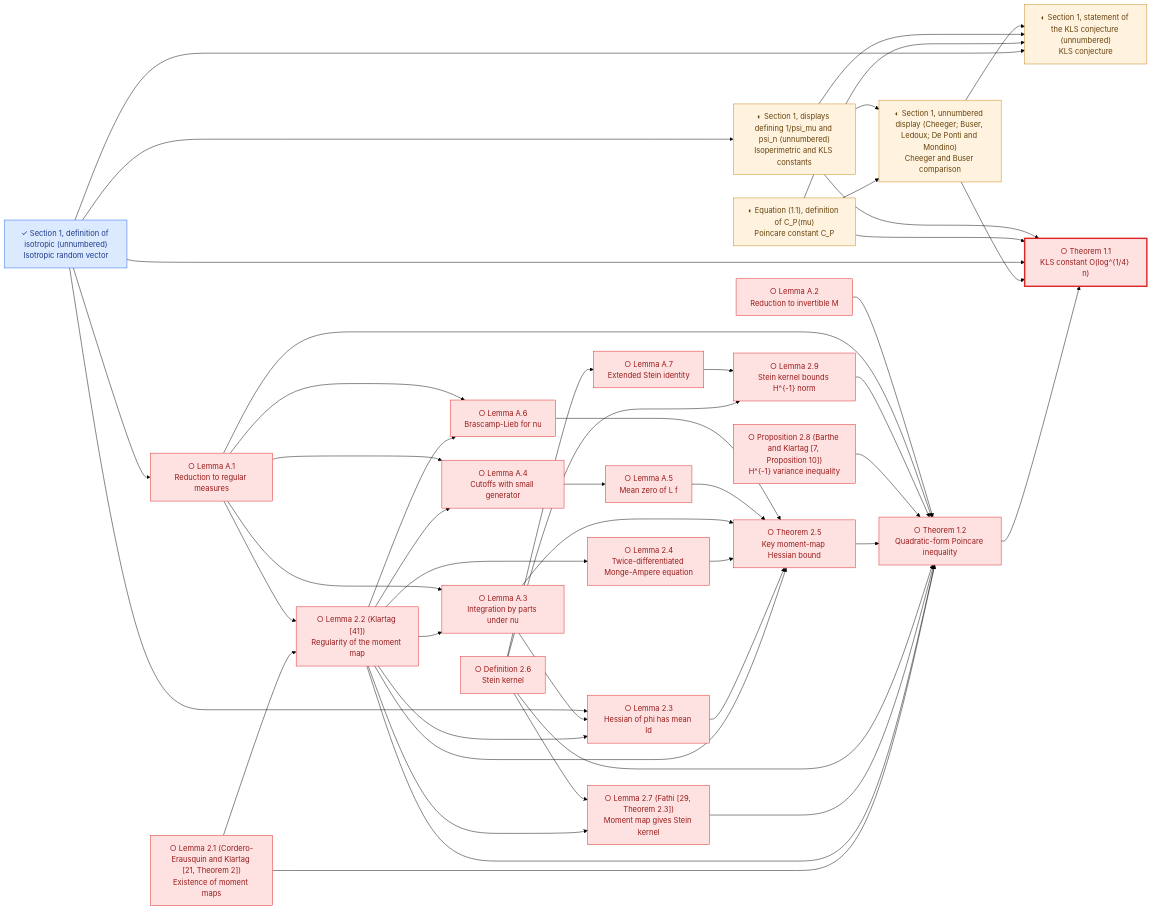
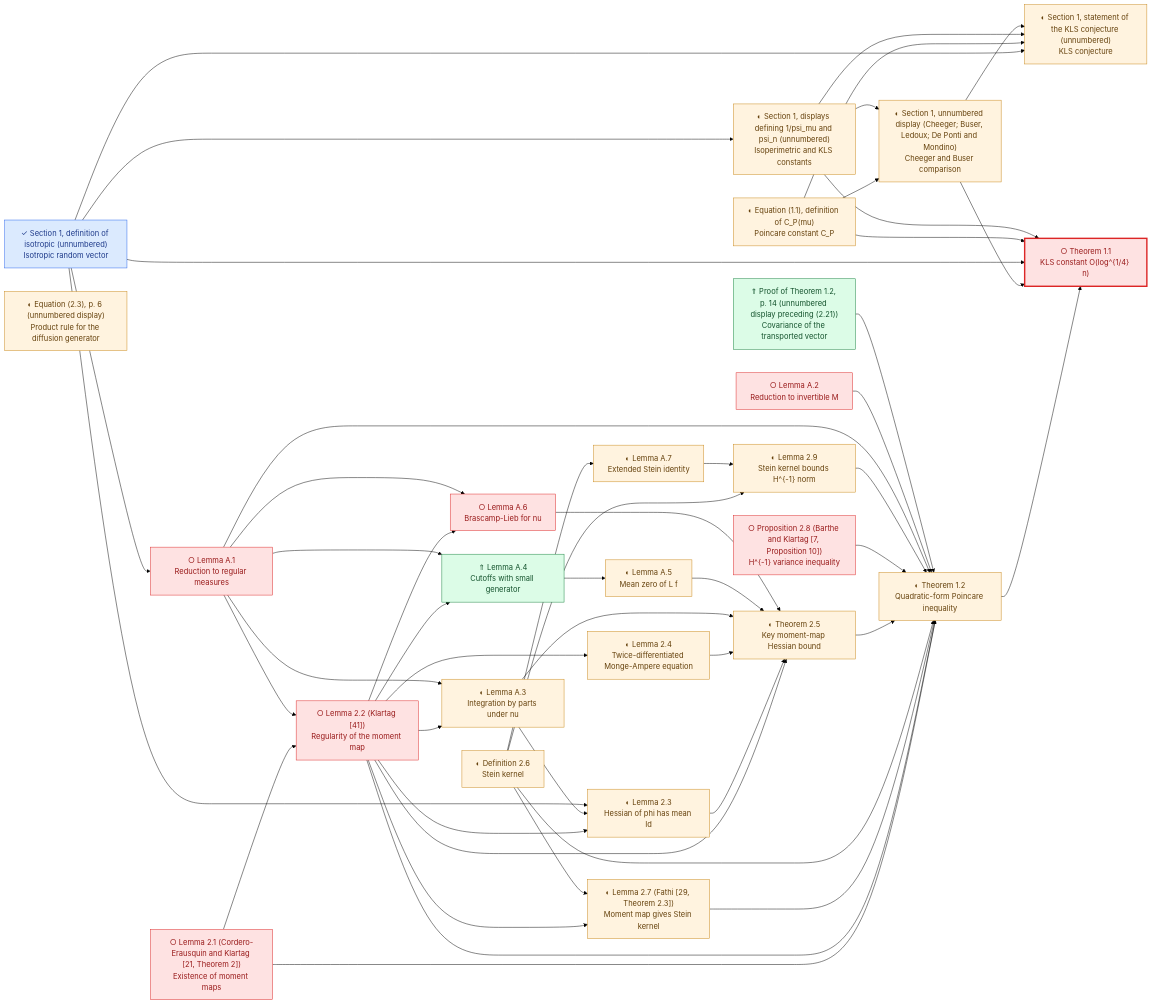
Before and after one commit to human-ai-mathematics/kls-lean: diagram 23 of 26 in research/progress/README.md, drawn with Mermaid (forest theme). The commit also changed other lines of this file and 283 other files, not shown here.

````diff
--- a/research/progress/README.md
+++ b/research/progress/README.md
@@ -1117,23 +1121,25 @@
     Letwin2026_ECMP["◐ Section 1, unnumbered display (Cheeger; Buser, Ledoux; De Ponti and Mondino)<br/>Cheeger and Buser comparison"]
     Letwin2026_CONJ["◐ Section 1, statement of the KLS conjecture (unnumbered)<br/>KLS conjecture"]
     Letwin2026_T11["○ Theorem 1.1<br/>KLS constant O(log^{1/4} n)"]
-    Letwin2026_T12["○ Theorem 1.2<br/>Quadratic-form Poincare inequality"]
+    Letwin2026_T12["◐ Theorem 1.2<br/>Quadratic-form Poincare inequality"]
+    Letwin2026_CZ14["⇑ Proof of Theorem 1.2, p. 14 (unnumbered display preceding (2.21))<br/>Covariance of the transported vector"]
     Letwin2026_L21["○ Lemma 2.1 (Cordero-Erausquin and Klartag [21, Theorem 2])<br/>Existence of moment maps"]
     Letwin2026_L22["○ Lemma 2.2 (Klartag [41])<br/>Regularity of the moment map"]
-    Letwin2026_L23["○ Lemma 2.3<br/>Hessian of phi has mean Id"]
-    Letwin2026_L24["○ Lemma 2.4<br/>Twice-differentiated Monge-Ampere equation"]
-    Letwin2026_T25["○ Theorem 2.5<br/>Key moment-map Hessian bound"]
-    Letwin2026_D26["○ Definition 2.6<br/>Stein kernel"]
-    Letwin2026_L27["○ Lemma 2.7 (Fathi [29, Theorem 2.3])<br/>Moment map gives Stein kernel"]
+    Letwin2026_L23["◐ Lemma 2.3<br/>Hessian of phi has mean Id"]
+    Letwin2026_E23["◐ Equation (2.3), p. 6 (unnumbered display)<br/>Product rule for the diffusion generator"]
+    Letwin2026_L24["◐ Lemma 2.4<br/>Twice-differentiated Monge-Ampere equation"]
+    Letwin2026_T25["◐ Theorem 2.5<br/>Key moment-map Hessian bound"]
+    Letwin2026_D26["◐ Definition 2.6<br/>Stein kernel"]
+    Letwin2026_L27["◐ Lemma 2.7 (Fathi [29, Theorem 2.3])<br/>Moment map gives Stein kernel"]
     Letwin2026_P28["○ Proposition 2.8 (Barthe and Klartag [7, Proposition 10])<br/>H^{-1} variance inequality"]
-    Letwin2026_L29["○ Lemma 2.9<br/>Stein kernel bounds H^{-1} norm"]
+    Letwin2026_L29["◐ Lemma 2.9<br/>Stein kernel bounds H^{-1} norm"]
     Letwin2026_LA1["○ Lemma A.1<br/>Reduction to regular measures"]
     Letwin2026_LA2["○ Lemma A.2<br/>Reduction to invertible M"]
-    Letwin2026_LA3["○ Lemma A.3<br/>Integration by parts under nu"]
-    Letwin2026_LA4["○ Lemma A.4<br/>Cutoffs with small generator"]
-    Letwin2026_LA5["○ Lemma A.5<br/>Mean zero of L f"]
+    Letwin2026_LA3["◐ Lemma A.3<br/>Integration by parts under nu"]
+    Letwin2026_LA4["⇑ Lemma A.4<br/>Cutoffs with small generator"]
+    Letwin2026_LA5["◐ Lemma A.5<br/>Mean zero of L f"]
     Letwin2026_LA6["○ Lemma A.6<br/>Brascamp-Lieb for nu"]
-    Letwin2026_LA7["○ Lemma A.7<br/>Extended Stein identity"]
+    Letwin2026_LA7["◐ Lemma A.7<br/>Extended Stein identity"]
     Letwin2026_DISO --> Letwin2026_DPSI
     Letwin2026_DCP --> Letwin2026_ECMP
     Letwin2026_DPSI --> Letwin2026_ECMP
@@ -1155,6 +1161,7 @@
     Letwin2026_L29 --> Letwin2026_T12
     Letwin2026_LA1 --> Letwin2026_T12
     Letwin2026_LA2 --> Letwin2026_T12
+    Letwin2026_CZ14 --> Letwin2026_T12
     Letwin2026_L21 --> Letwin2026_L22
     Letwin2026_LA1 --> Letwin2026_L22
     Letwin2026_L22 --> Letwin2026_L23
@@ -1183,8 +1190,10 @@
     classDef lemma_formalized fill:#dbeafe,stroke:#2563eb,color:#1e3a8a;
     class Letwin2026_DISO lemma_formalized;
     classDef lemma_partial fill:#fff3df,stroke:#c88719,color:#66420d;
-    class Letwin2026_DCP,Letwin2026_DPSI,Letwin2026_ECMP,Letwin2026_CONJ lemma_partial;
+    class Letwin2026_DCP,Letwin2026_DPSI,Letwin2026_ECMP,Letwin2026_CONJ,Letwin2026_T12,Letwin2026_L23,Letwin2026_E23,Letwin2026_L24,Letwin2026_T25,Letwin2026_D26,Letwin2026_L27,Letwin2026_L29,Letwin2026_LA3,Letwin2026_LA5,Letwin2026_LA7 lemma_partial;
     classDef lemma_pending fill:#fee2e2,stroke:#dc2626,color:#991b1b;
-    class Letwin2026_T11,Letwin2026_T12,Letwin2026_L21,Letwin2026_L22,Letwin2026_L23,Letwin2026_L24,Letwin2026_T25,Letwin2026_D26,Letwin2026_L27,Letwin2026_P28,Letwin2026_L29,Letwin2026_LA1,Letwin2026_LA2,Letwin2026_LA3,Letwin2026_LA4,Letwin2026_LA5,Letwin2026_LA6,Letwin2026_LA7 lemma_pending;
+    class Letwin2026_T11,Letwin2026_L21,Letwin2026_L22,Letwin2026_P28,Letwin2026_LA1,Letwin2026_LA2,Letwin2026_LA6 lemma_pending;
+    classDef lemma_improved fill:#dcfce7,stroke:#15803d,color:#14532d;
+    class Letwin2026_CZ14,Letwin2026_LA4 lemma_improved;
     style Letwin2026_T11 stroke-width:3px
 ```
````
